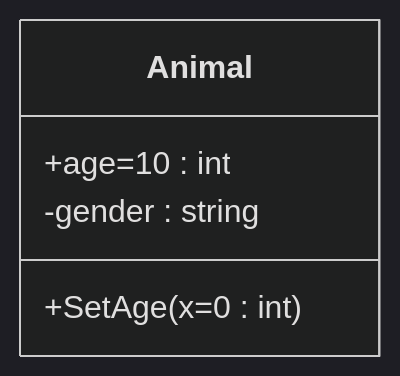
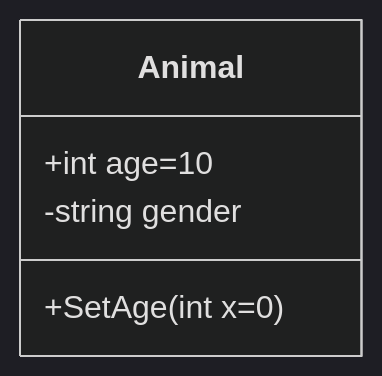
One commit to ZhiZe-ZG/UMLLesson changed the third of 4 diagrams in Lesson02.md. Above: the diagram before and after it, drawn with Mermaid (dark theme). The commit also changed other lines of this file and 3 other files, not shown here.

````diff
--- a/Lesson02.md
+++ b/Lesson02.md
@@ -91,8 +91,8 @@
 ```mermaid
 classDiagram
     class Animal{
-        +age=10 : int
-        -gender : string
-        +SetAge(x=0 : int)
+        +int age=10 
+        -string gender 
+        +SetAge(int x=0)
     }
 ```
````
